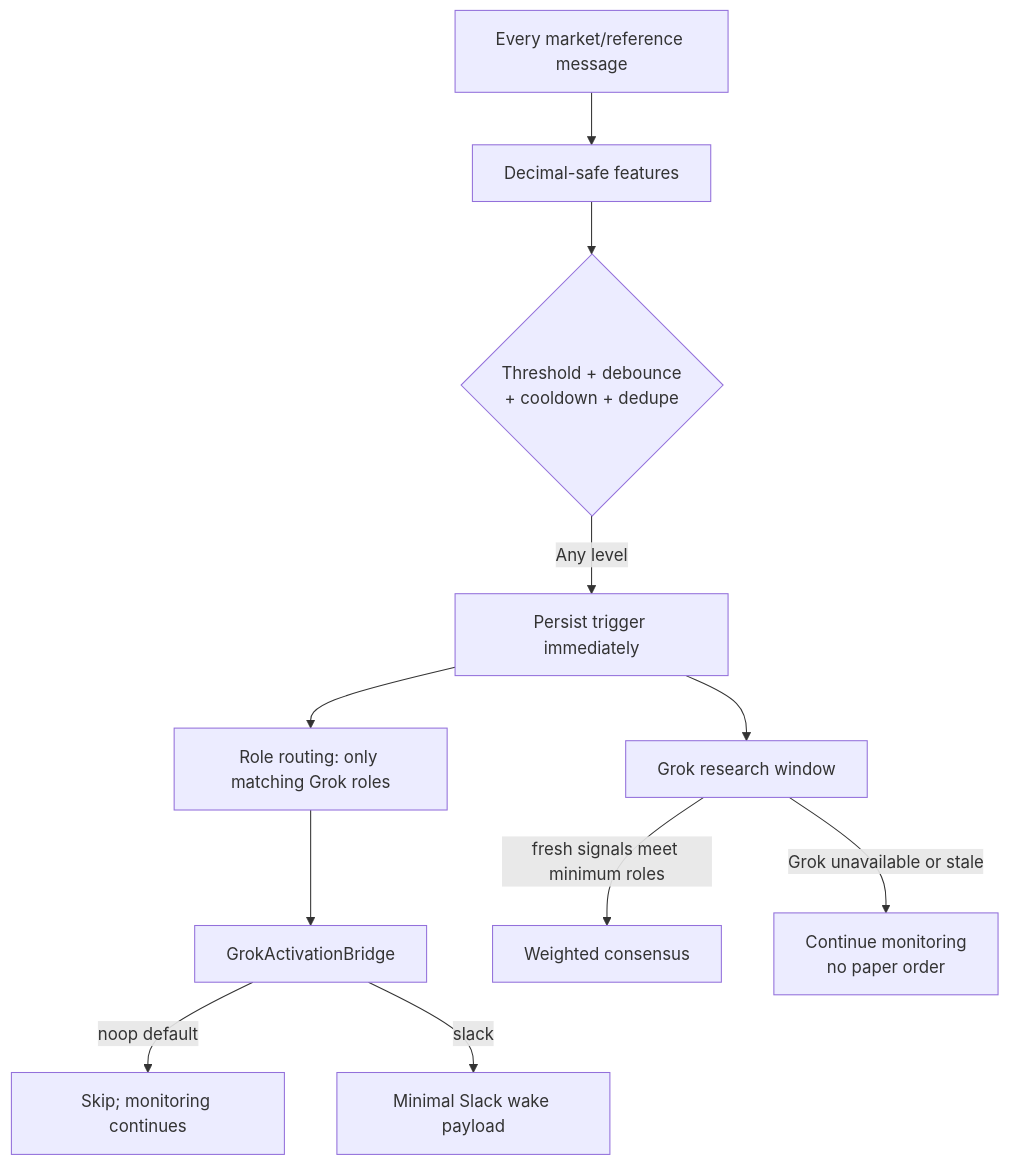
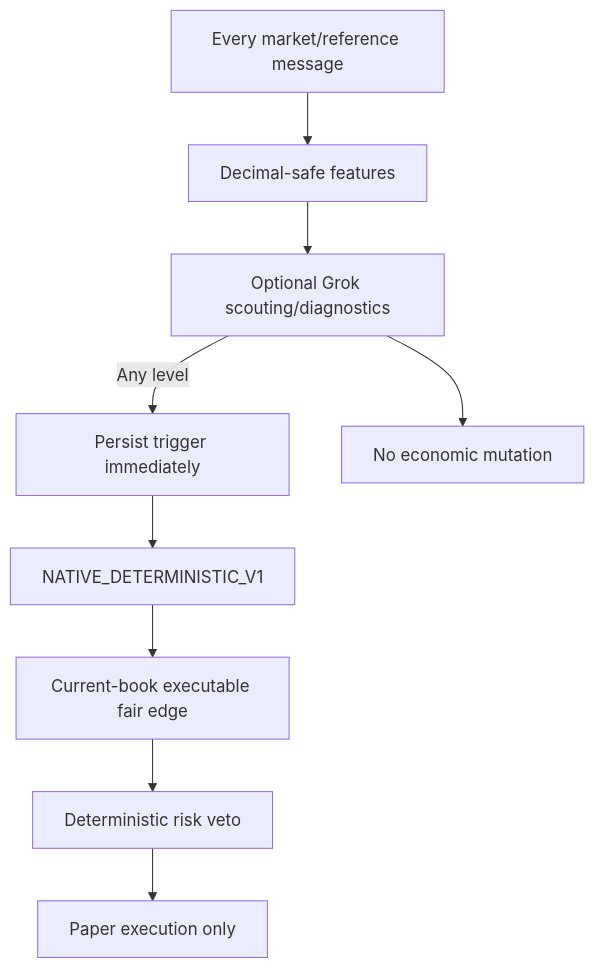
Before and after one commit to mstfgncr23-eng/Polymarket-Engine: the second of 4 diagrams in README.md, drawn with Mermaid. The commit also changed other lines of this file and 28 other files, not shown here.

Commit message:
feat: make native deterministic model the decision authority

````diff
--- a/README.md
+++ b/README.md
@@ -91,13 +88,11 @@
 ```mermaid
 flowchart TD
   M[Every market/reference message] --> F[Decimal-safe features]
   F --> G{Threshold + debounce\n+ cooldown + dedupe}
   G -->|Any level| P[Persist trigger immediately]
-  P --> R[Role routing: only matching Grok roles]
-  R --> A[GrokActivationBridge]
-  A -->|noop default| N[Skip; monitoring continues]
-  A -->|slack| S[Minimal Slack wake payload]
-  P --> W[Grok research window]
-  W -->|fresh signals meet minimum roles| C[Weighted consensus]
-  W -->|Grok unavailable or stale| M2[Continue monitoring\nno paper order]
+  P --> N[NATIVE_DETERMINISTIC_V1]
+  N --> E[Current-book executable fair edge]
+  E --> R[Deterministic risk veto]
+  R --> X[Paper execution only]
+  G[Optional Grok scouting/diagnostics] --> D[No economic mutation]
 ```
````
